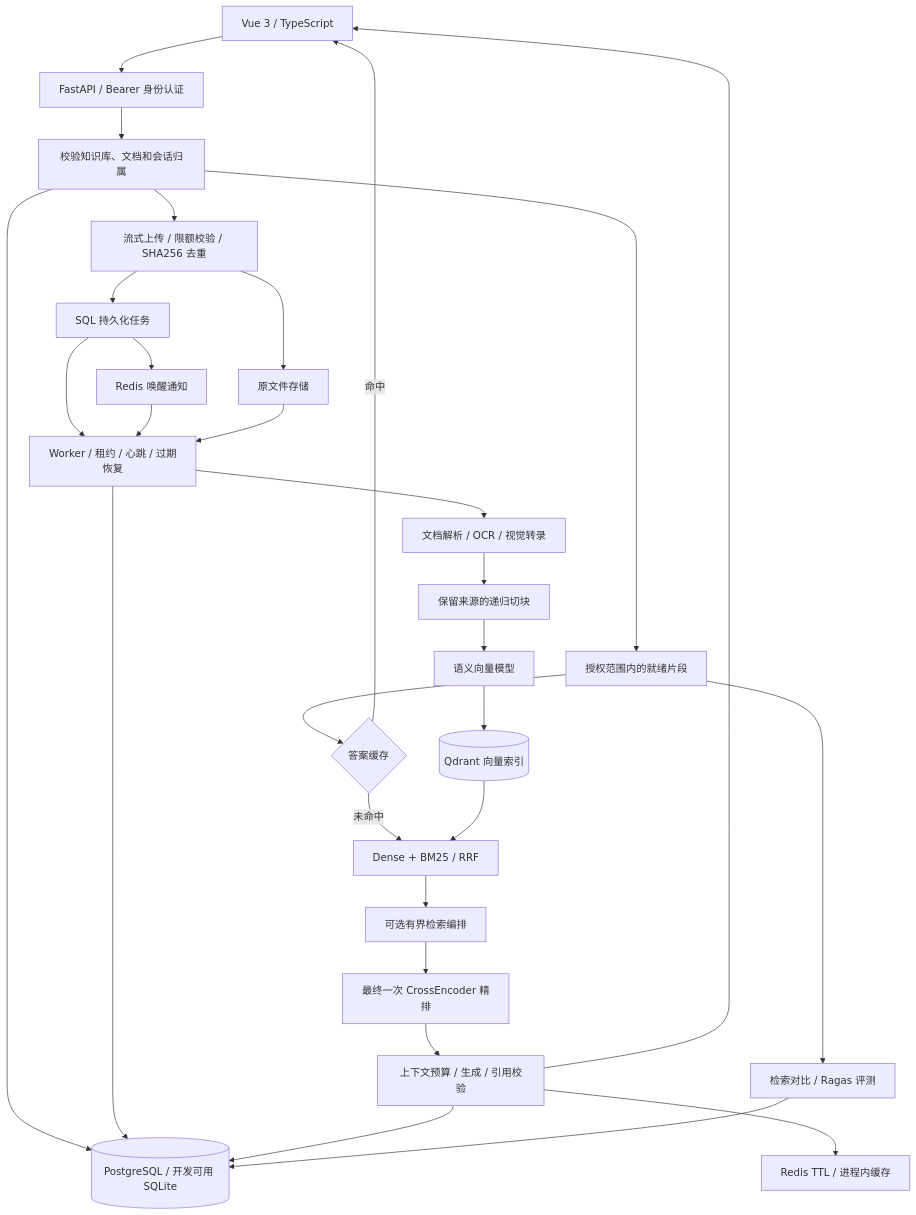
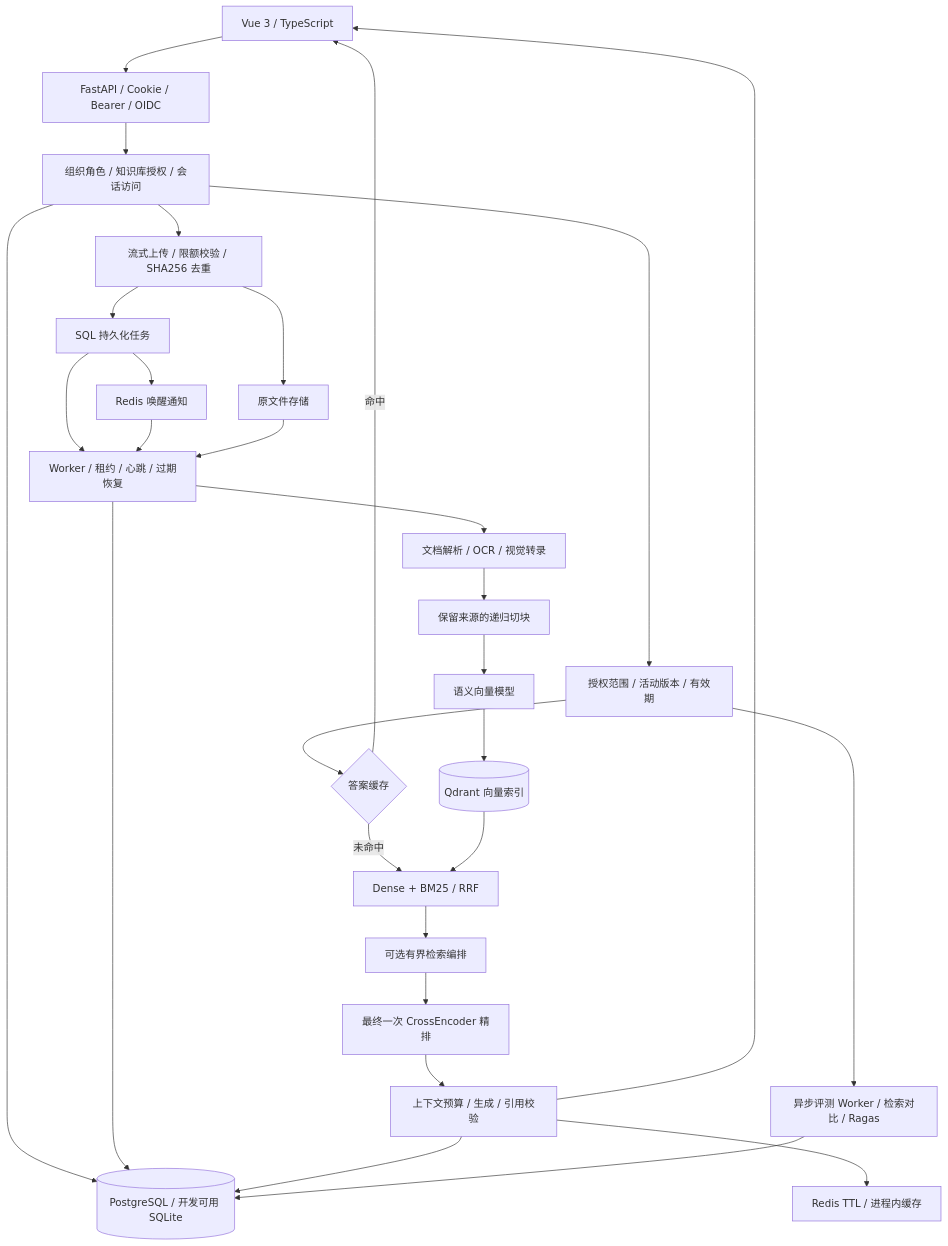
Before and after one commit to XYsiren/StudyAgent: the first of 2 diagrams in docs/architecture.md, drawn with Mermaid. The commit also changed other lines of this file and 78 other files, not shown here.

````diff
--- a/docs/architecture.md
+++ b/docs/architecture.md
@@ -9,31 +9,31 @@
 ```mermaid
 flowchart TD
-    UI[Vue 3 / TypeScript] --> API[FastAPI / Bearer 身份认证]
-    API --> ACL[校验知识库、文档和会话归属]
+    UI[Vue 3 / TypeScript] --> API[FastAPI / Cookie / Bearer / OIDC]
+    API --> ACL[组织角色 / 知识库授权 / 会话访问]
     ACL --> SQL[(PostgreSQL / 开发可用 SQLite)]
     ACL --> Upload[流式上传 / 限额校验 / SHA256 去重]
     Upload --> Files[原文件存储]
     Upload --> Jobs[SQL 持久化任务]
     Jobs --> Notify[Redis 唤醒通知]
     Jobs --> Worker[Worker / 租约 / 心跳 / 过期恢复]
     Notify --> Worker
     Files --> Worker
     Worker --> Parse[文档解析 / OCR / 视觉转录]
     Parse --> Chunk[保留来源的递归切块]
     Chunk --> Embedding[语义向量模型]
     Embedding --> Qdrant[(Qdrant 向量索引)]
     Worker --> SQL
-    ACL --> Scope[授权范围内的就绪片段]
+    ACL --> Scope[授权范围 / 活动版本 / 有效期]
     Scope --> Cache{答案缓存}
     Cache -->|未命中| Recall[Dense + BM25 / RRF]
     Qdrant --> Recall
     Recall --> Agent[可选有界检索编排]
     Agent --> Rerank[最终一次 CrossEncoder 精排]
     Rerank --> Answer[上下文预算 / 生成 / 引用校验]
     Answer --> CacheStore[Redis TTL / 进程内缓存]
     Answer --> SQL
     Answer --> UI
     Cache -->|命中| UI
-    Scope --> Eval[检索对比 / Ragas 评测]
+    Scope --> Eval[异步评测 Worker / 检索对比 / Ragas]
     Eval --> SQL
 ```
````
